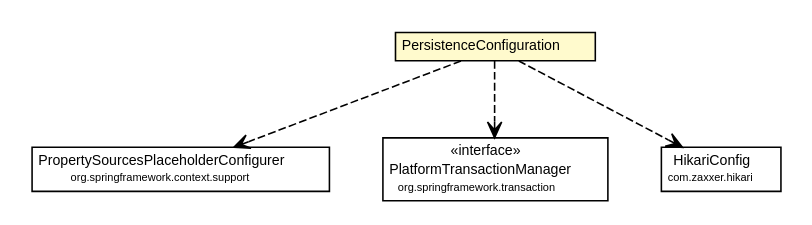
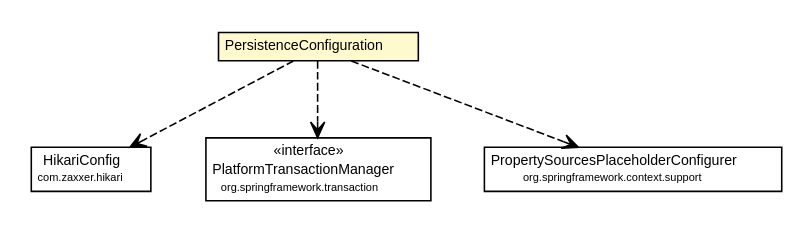
The diagram in docs/javadoc/apidocs/net/ljcomputing/config/PersistenceConfiguration.dot (willmorejg/net.ljcomputing.jpa-entity), drawn with Graphviz before and after one commit. The commit also changed 61 other files, not shown here.

```diff
--- a/docs/javadoc/apidocs/net/ljcomputing/config/PersistenceConfiguration.dot
+++ b/docs/javadoc/apidocs/net/ljcomputing/config/PersistenceConfiguration.dot
@@ -1,46 +1,46 @@
 #!/usr/local/bin/dot
 #
 # Class diagram 
 # Generated by UMLGraph version R5_6 (http://www.umlgraph.org/)
 #
 
 digraph G {
 	edge [fontname="Helvetica",fontsize=10,labelfontname="Helvetica",labelfontsize=10];
 	node [fontname="Helvetica",fontsize=10,shape=plaintext];
 	nodesep=0.25;
 	ranksep=0.5;
 	// net.ljcomputing.config.PersistenceConfiguration
 	c102 [label=<<table title="net.ljcomputing.config.PersistenceConfiguration" border="0" cellborder="1" cellspacing="0" cellpadding="2" port="p" bgcolor="lemonChiffon" href="./PersistenceConfiguration.html">
 		<tr><td><table border="0" cellspacing="0" cellpadding="1">
 <tr><td align="center" balign="center"> PersistenceConfiguration </td></tr>
 		</table></td></tr>
 		</table>>, URL="./PersistenceConfiguration.html", fontname="Helvetica", fontcolor="black", fontsize=9.0];
+	// net.ljcomputing.config.PersistenceConfiguration DEPEND com.zaxxer.hikari.HikariConfig
+	c102:p -> c110:p [taillabel="", label="", headlabel="", fontname="Helvetica", fontcolor="black", fontsize=10.0, color="black", arrowhead=open, style=dashed];
+	// net.ljcomputing.config.PersistenceConfiguration DEPEND org.springframework.transaction.PlatformTransactionManager
+	c102:p -> c111:p [taillabel="", label="", headlabel="", fontname="Helvetica", fontcolor="black", fontsize=10.0, color="black", arrowhead=open, style=dashed];
 	// net.ljcomputing.config.PersistenceConfiguration DEPEND org.springframework.context.support.PropertySourcesPlaceholderConfigurer
-	c102:p -> c112:p [taillabel="", label="", headlabel="", fontname="Helvetica", fontcolor="black", fontsize=10.0, color="black", arrowhead=open, style=dashed];
-	// net.ljcomputing.config.PersistenceConfiguration DEPEND org.springframework.transaction.PlatformTransactionManager
-	c102:p -> c113:p [taillabel="", label="", headlabel="", fontname="Helvetica", fontcolor="black", fontsize=10.0, color="black", arrowhead=open, style=dashed];
-	// net.ljcomputing.config.PersistenceConfiguration DEPEND com.zaxxer.hikari.HikariConfig
 	c102:p -> c119:p [taillabel="", label="", headlabel="", fontname="Helvetica", fontcolor="black", fontsize=10.0, color="black", arrowhead=open, style=dashed];
 	// com.zaxxer.hikari.HikariConfig
-	c119 [label=<<table title="com.zaxxer.hikari.HikariConfig" border="0" cellborder="1" cellspacing="0" cellpadding="2" port="p">
+	c110 [label=<<table title="com.zaxxer.hikari.HikariConfig" border="0" cellborder="1" cellspacing="0" cellpadding="2" port="p">
 		<tr><td><table border="0" cellspacing="0" cellpadding="1">
 <tr><td align="center" balign="center"> HikariConfig </td></tr>
 <tr><td align="center" balign="center"><font point-size="7.0"> com.zaxxer.hikari </font></td></tr>
 		</table></td></tr>
 		</table>>, URL="null", fontname="Helvetica", fontcolor="black", fontsize=9.0];
 	// org.springframework.transaction.PlatformTransactionManager
-	c113 [label=<<table title="org.springframework.transaction.PlatformTransactionManager" border="0" cellborder="1" cellspacing="0" cellpadding="2" port="p">
+	c111 [label=<<table title="org.springframework.transaction.PlatformTransactionManager" border="0" cellborder="1" cellspacing="0" cellpadding="2" port="p">
 		<tr><td><table border="0" cellspacing="0" cellpadding="1">
 <tr><td align="center" balign="center"> &#171;interface&#187; </td></tr>
 <tr><td align="center" balign="center"> PlatformTransactionManager </td></tr>
 <tr><td align="center" balign="center"><font point-size="7.0"> org.springframework.transaction </font></td></tr>
 		</table></td></tr>
 		</table>>, URL="null", fontname="Helvetica", fontcolor="black", fontsize=9.0];
 	// org.springframework.context.support.PropertySourcesPlaceholderConfigurer
-	c112 [label=<<table title="org.springframework.context.support.PropertySourcesPlaceholderConfigurer" border="0" cellborder="1" cellspacing="0" cellpadding="2" port="p">
+	c119 [label=<<table title="org.springframework.context.support.PropertySourcesPlaceholderConfigurer" border="0" cellborder="1" cellspacing="0" cellpadding="2" port="p">
 		<tr><td><table border="0" cellspacing="0" cellpadding="1">
 <tr><td align="center" balign="center"> PropertySourcesPlaceholderConfigurer </td></tr>
 <tr><td align="center" balign="center"><font point-size="7.0"> org.springframework.context.support </font></td></tr>
 		</table></td></tr>
 		</table>>, URL="null", fontname="Helvetica", fontcolor="black", fontsize=9.0];
 }
```
